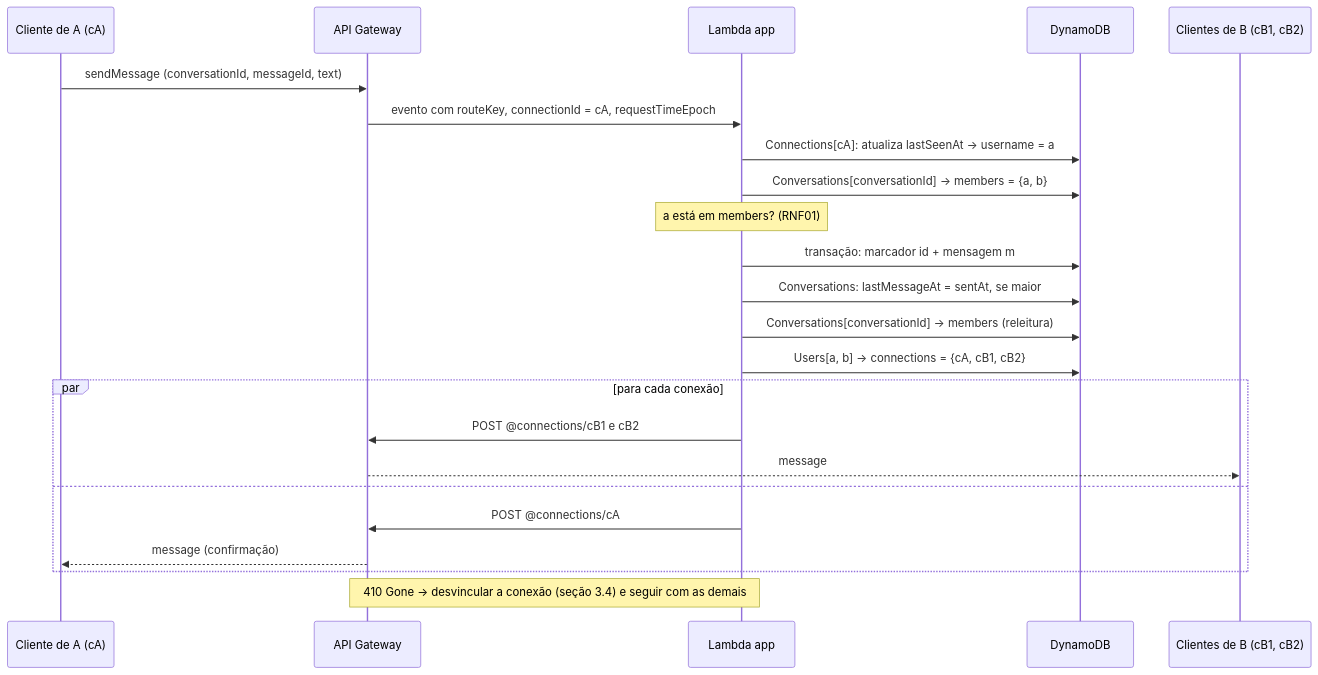
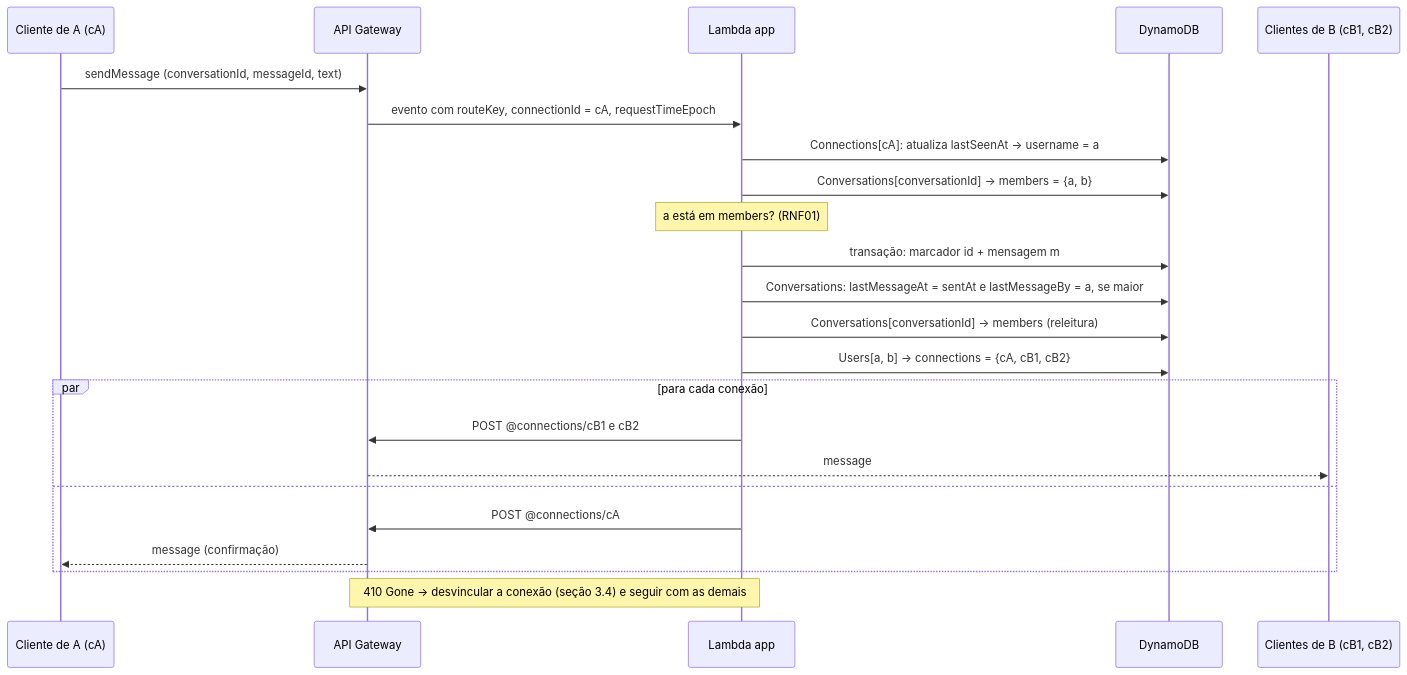
The second of 2 diagrams in docs/arquitetura.md (felipdsa21/hub-websocket-sd), drawn with Mermaid before and after one commit. The commit also changed other lines of this file and 1 other file, not shown here.

````diff
--- a/docs/arquitetura.md
+++ b/docs/arquitetura.md
@@ -270,26 +272,26 @@
 ```mermaid
 sequenceDiagram
     participant A as Cliente de A (cA)
     participant G as API Gateway
     participant L as Lambda app
     participant D as DynamoDB
     participant B as Clientes de B (cB1, cB2)
 
     A->>G: sendMessage (conversationId, messageId, text)
     G->>L: evento com routeKey, connectionId = cA, requestTimeEpoch
     L->>D: Connections[cA]: atualiza lastSeenAt → username = a
     L->>D: Conversations[conversationId] → members = {a, b}
     Note over L: a está em members? (RNF01)
     L->>D: transação: marcador id + mensagem m
-    L->>D: Conversations: lastMessageAt = sentAt, se maior
+    L->>D: Conversations: lastMessageAt = sentAt e lastMessageBy = a, se maior
     L->>D: Conversations[conversationId] → members (releitura)
     L->>D: Users[a, b] → connections = {cA, cB1, cB2}
     par para cada conexão
         L->>G: POST @connections/cB1 e cB2
         G-->>B: message
     and
         L->>G: POST @connections/cA
         G-->>A: message (confirmação)
     end
     Note over L,G: 410 Gone → desvincular a conexão (seção 3.4) e seguir com as demais
 ```
````
